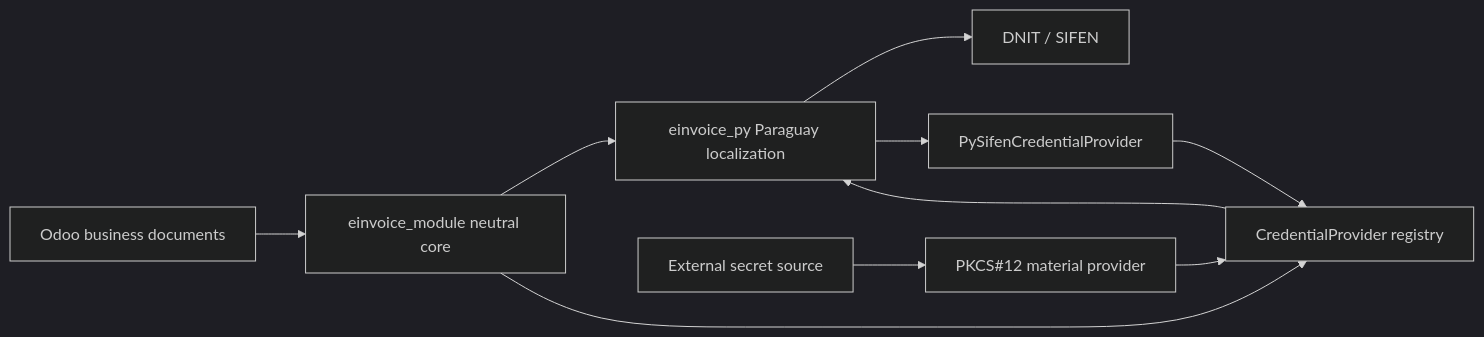
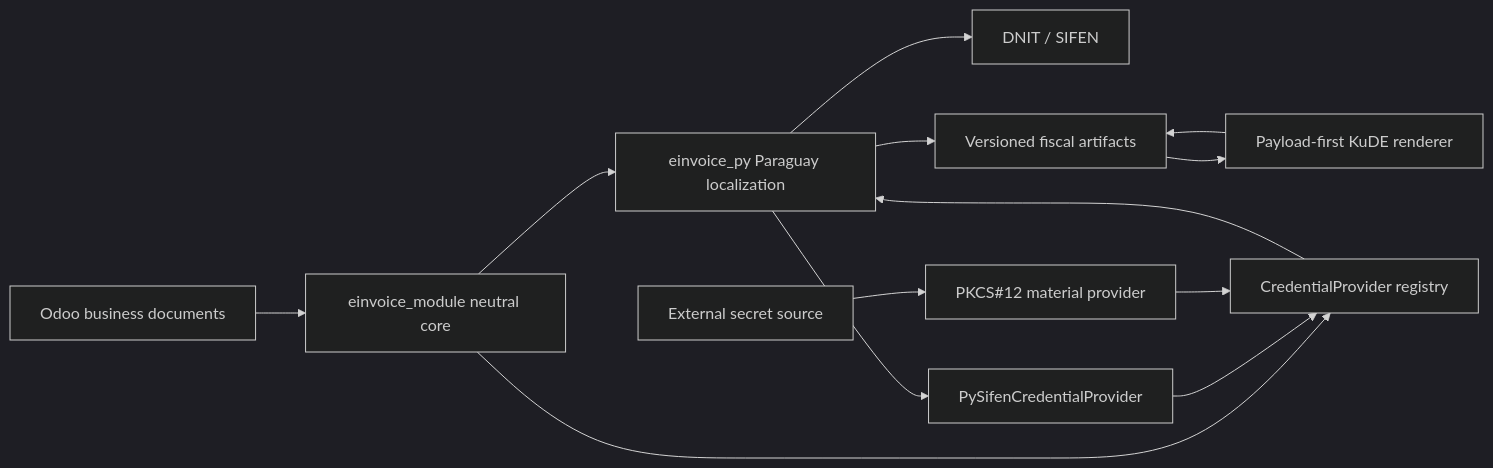
One commit to betopindu/odoo-restaurant-suite changed the diagram in docs/diagrams/architecture.mmd. Above: the diagram before and after it, drawn with Mermaid (dark theme). The commit also changed 22 other files, not shown here.

```diff
--- a/docs/diagrams/architecture.mmd
+++ b/docs/diagrams/architecture.mmd
@@ -1,10 +1,13 @@
 flowchart LR
     A[Odoo business documents] --> B[einvoice_module neutral core]
     B --> C[einvoice_py Paraguay localization]
     C --> D[DNIT / SIFEN]
     B --> E[CredentialProvider registry]
     C --> F[PySifenCredentialProvider]
     F --> E
     G[External secret source] --> H[PKCS#12 material provider]
     H --> E
     E --> C
+    C --> I[Versioned fiscal artifacts]
+    I --> J[Payload-first KuDE renderer]
+    J --> I
```
